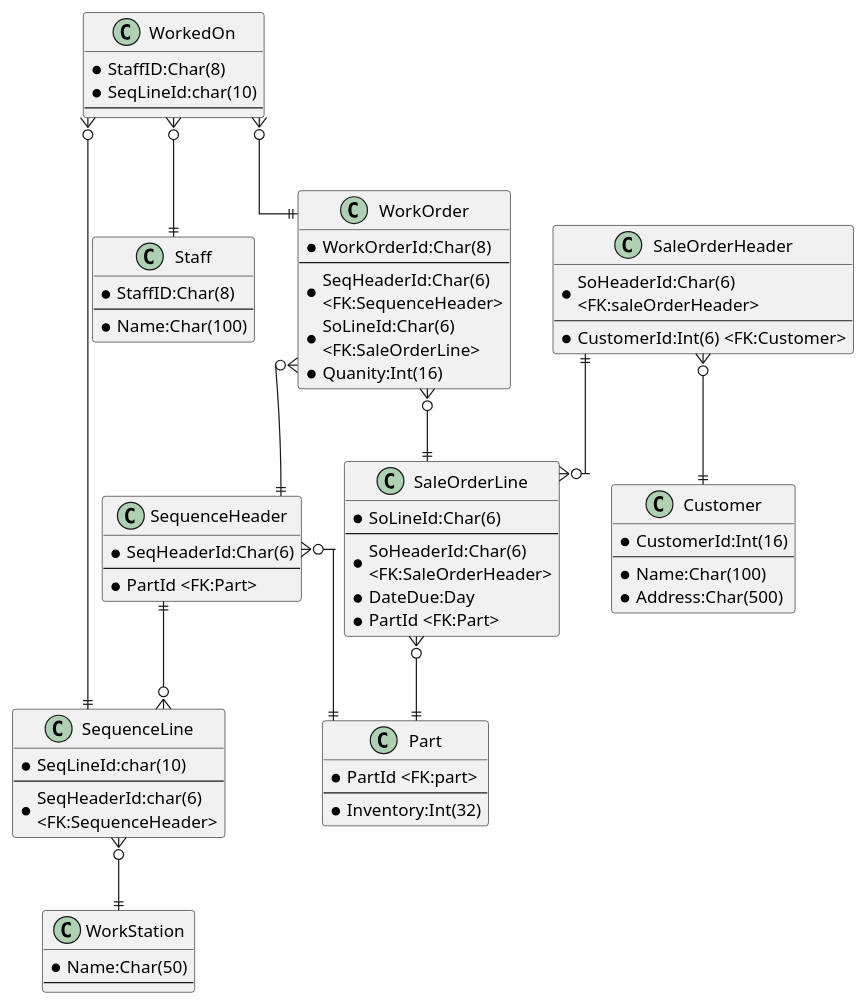
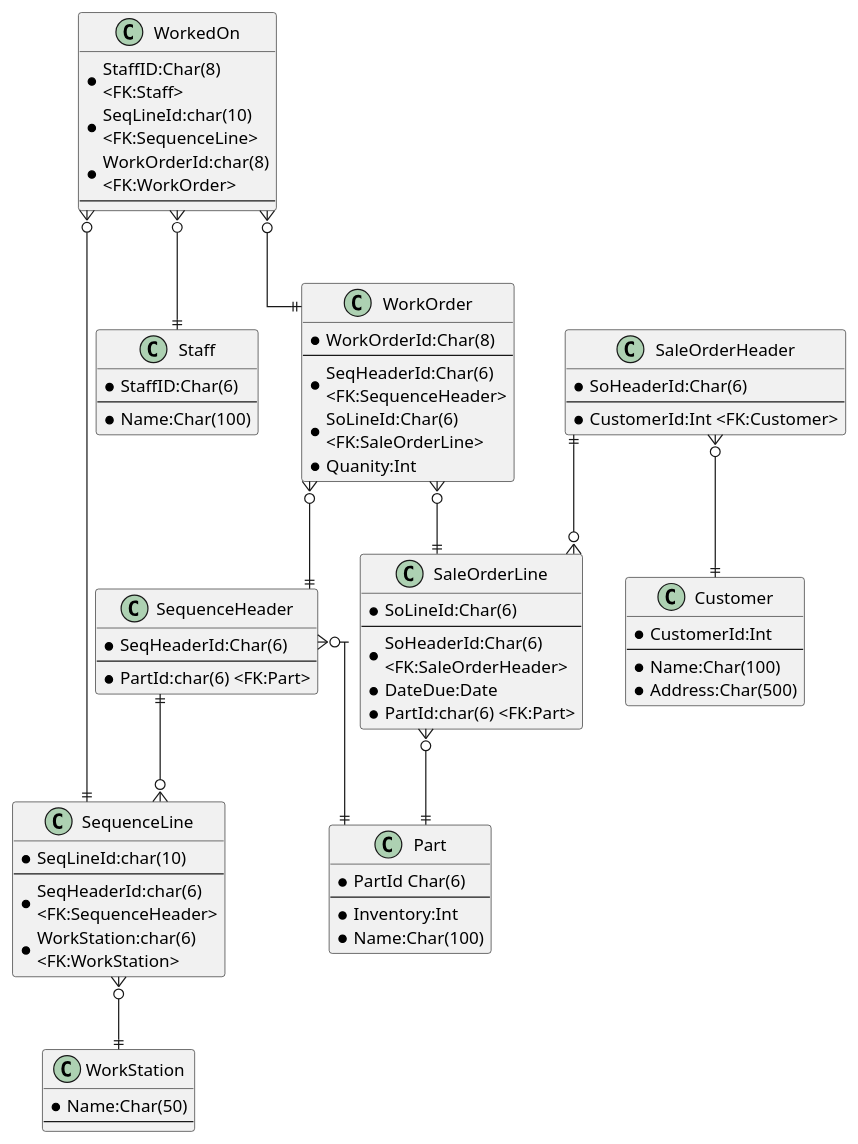
One commit to bluewolf44/UnitedApi changed the diagram in src/main/resources/UML.puml. Above: the diagram before and after it, drawn with PlantUML. The commit also changed other lines of this file and 52 other files, not shown here.

```diff
--- a/src/main/resources/UML.puml
+++ b/src/main/resources/UML.puml
@@ -1,91 +1,94 @@
 @startuml unitedAPI
 skinparam linetype polyline
 skinparam linetype ortho
 
 class WorkOrder
 {
     * WorkOrderId:Char(8)
     --
     * SeqHeaderId:Char(6)\n<FK:SequenceHeader>
     * SoLineId:Char(6)\n<FK:SaleOrderLine>
-    * Quanity:Int(16)
+    * Quanity:Int
 }
 
 class SaleOrderHeader
 {
-    * SoHeaderId:Char(6)\n<FK:saleOrderHeader>
+    * SoHeaderId:Char(6)
     --
-    * CustomerId:Int(6) <FK:Customer>
+    * CustomerId:Int <FK:Customer>
 }
 
 class SaleOrderLine
 {
     * SoLineId:Char(6)
     --
     * SoHeaderId:Char(6)\n<FK:SaleOrderHeader>
-    * DateDue:Day
-    * PartId <FK:Part>
+    * DateDue:Date
+    * PartId:char(6) <FK:Part>
 }
 
 class SequenceHeader
 {
     * SeqHeaderId:Char(6)
     --
-    * PartId <FK:Part>
+    * PartId:char(6) <FK:Part>
 }
 
 class SequenceLine
 {
     * SeqLineId:char(10)
     --
     * SeqHeaderId:char(6)\n<FK:SequenceHeader>
+    * WorkStation:char(6)\n<FK:WorkStation>
 }
 
 class Part
 {
-    * PartId <FK:part>
+    * PartId Char(6)
     --
-    * Inventory:Int(32)
+    * Inventory:Int
+    * Name:Char(100)
 }
 
 class Customer
 {
-    * CustomerId:Int(16)
+    * CustomerId:Int
     --
     * Name:Char(100)
     * Address:Char(500)
 }
 
 class Staff
 {
-    * StaffID:Char(8)
+    * StaffID:Char(6)
     --
     * Name:Char(100)
 }
 
 class WorkedOn
 {
-    * StaffID:Char(8)
-    * SeqLineId:char(10)
+    * StaffID:Char(8)\n<FK:Staff>
+    * SeqLineId:char(10)\n<FK:SequenceLine>
+    * WorkOrderId:char(8)\n<FK:WorkOrder>
     --
 }
 
 class WorkStation
 {
     * Name:Char(50)
     --
 }
 
 SaleOrderHeader ||--o{ SaleOrderLine
 SequenceHeader ||--o{ SequenceLine
 WorkOrder }o--|| SequenceHeader
 SequenceHeader }o--|| Part
 SequenceLine }o--|| WorkStation
 SaleOrderHeader }o--|| Customer
 WorkOrder }o--|| SaleOrderLine
 SaleOrderLine }o--|| Part
 WorkedOn }o--|| SequenceLine
 WorkedOn }o--|| WorkOrder
 WorkedOn }o--|| Staff
 
 @enduml
```
